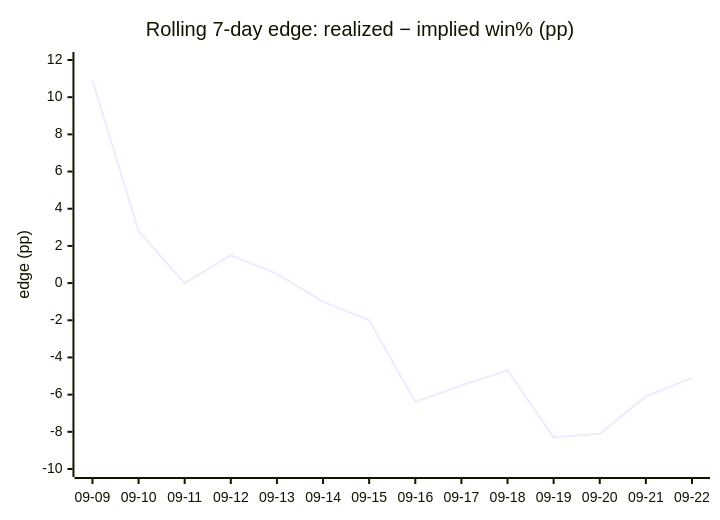
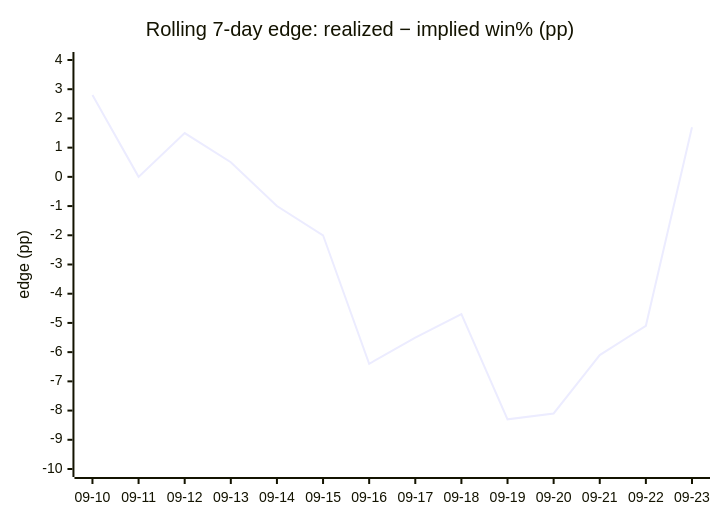
The fourth of 4 diagrams in DAILY_AGSU_REPORT.md (dpk1212/nhl-savant), drawn with Mermaid before and after one commit. The commit also changed other lines of this file, not shown here.

````diff
--- a/DAILY_AGSU_REPORT.md
+++ b/DAILY_AGSU_REPORT.md
@@ -864,7 +875,7 @@
 ```mermaid
 xychart-beta
     title "Rolling 7-day edge: realized − implied win% (pp)"
-    x-axis ["09-09", "09-10", "09-11", "09-12", "09-13", "09-14", "09-15", "09-16", "09-17", "09-18", "09-19", "09-20", "09-21", "09-22"]
-    y-axis "edge (pp)" -10 --> 12
-    line [10.9, 2.8, 0, 1.5, 0.5, -1, -2, -6.4, -5.5, -4.7, -8.3, -8.1, -6.1, -5.1]
+    x-axis ["09-10", "09-11", "09-12", "09-13", "09-14", "09-15", "09-16", "09-17", "09-18", "09-19", "09-20", "09-21", "09-22", "09-23"]
+    y-axis "edge (pp)" -10 --> 4
+    line [2.8, 0, 1.5, 0.5, -1, -2, -6.4, -5.5, -4.7, -8.3, -8.1, -6.1, -5.1, 1.7]
 ```
````
